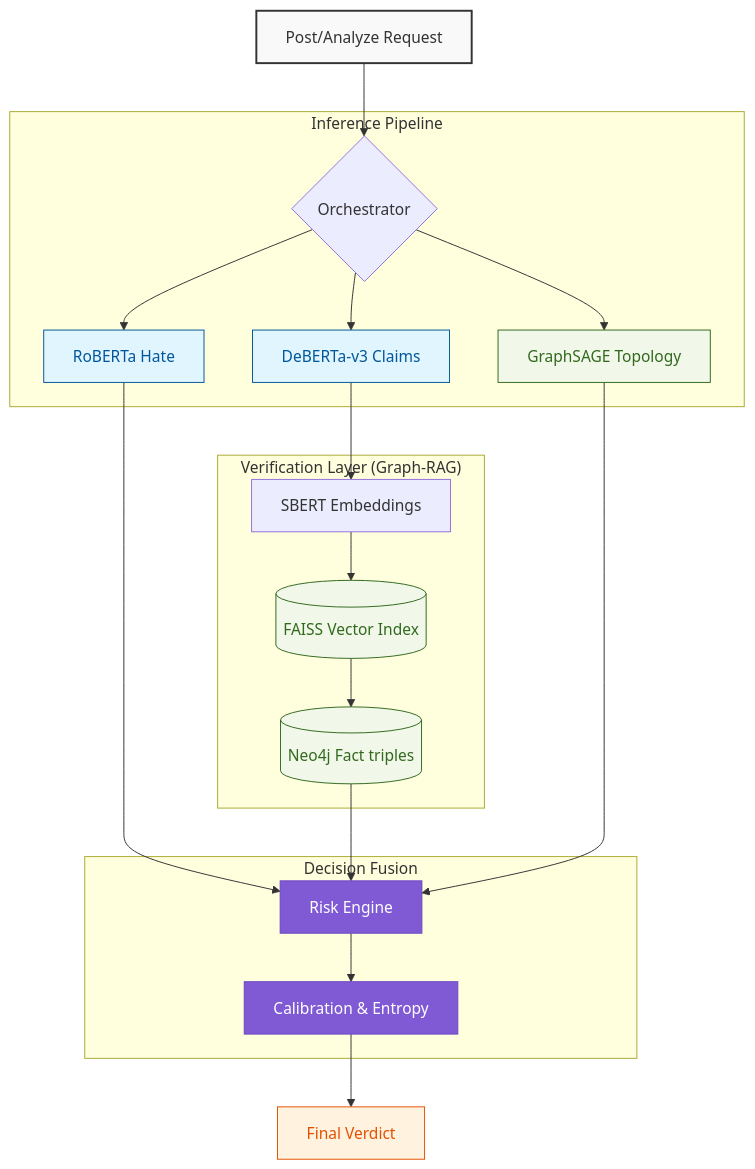
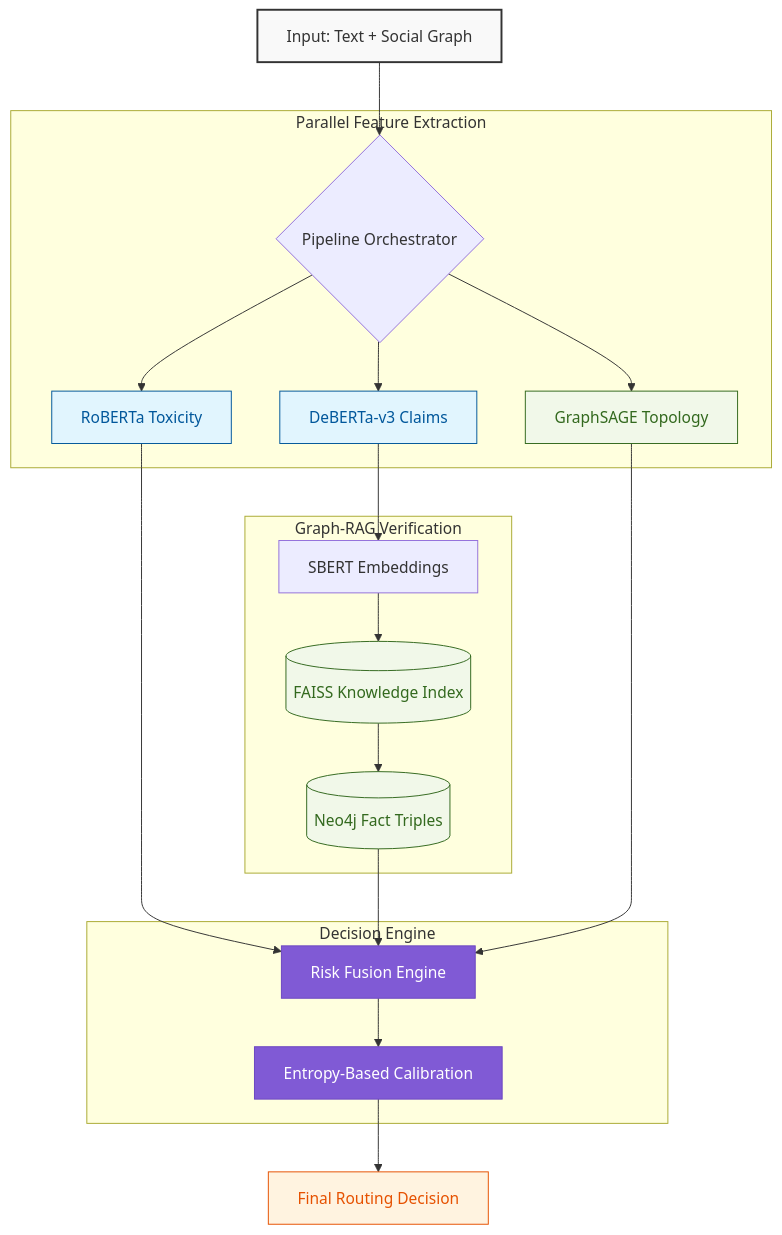
The diagram in README.md (kunal-gh/OSKAR), drawn with Mermaid before and after one commit. The commit also changed other lines of this file, not shown here.

````diff
--- a/README.md
+++ b/README.md
@@ -38,31 +40,31 @@
 ```mermaid
 graph TD
     classDef input_style fill:#f9f9f9,stroke:#333,stroke-width:2px;
     classDef nlp_style fill:#e1f5fe,stroke:#01579b,color:#01579b;
     classDef data_style fill:#f1f8e9,stroke:#33691e,color:#33691e;
     classDef core_style fill:#805ad5,stroke:#6b46c1,color:#fff;
     classDef exit_style fill:#fff3e0,stroke:#e65100,color:#e65100;
 
-    START[Post/Analyze Request]:::input_style --> INP{Orchestrator}
+    START[Input: Text + Social Graph]:::input_style --> ORCH{Pipeline Orchestrator}
     
-    subgraph "Inference Pipeline"
-        INP --> HATE[RoBERTa Hate]:::nlp_style
-        INP --> CLAIM[DeBERTa-v3 Claims]:::nlp_style
-        INP --> GNN[GraphSAGE Topology]:::data_style
+    subgraph "Parallel Feature Extraction"
+        ORCH --> HATE[RoBERTa Toxicity]:::nlp_style
+        ORCH --> CLAIM[DeBERTa-v3 Claims]:::nlp_style
+        ORCH --> GNN[GraphSAGE Topology]:::data_style
     end
 
-    subgraph "Verification Layer (Graph-RAG)"
+    subgraph "Graph-RAG Verification"
         CLAIM --> EMB[SBERT Embeddings]
-        EMB --> FAISS[(FAISS Vector Index)]:::data_style
-        FAISS --> N4J[(Neo4j Fact triples)]:::data_style
+        EMB --> FAISS[(FAISS Knowledge Index)]:::data_style
+        FAISS --> N4J[(Neo4j Fact Triples)]:::data_style
     end
 
-    subgraph "Decision Fusion"
-        HATE --> FUSION[Risk Engine]:::core_style
+    subgraph "Decision Engine"
+        HATE --> FUSION[Risk Fusion Engine]:::core_style
         N4J --> FUSION
         GNN --> FUSION
-        FUSION --> CAL[Calibration & Entropy]:::core_style
+        FUSION --> CAL[Entropy-Based Calibration]:::core_style
     end
 
-    CAL --> VERDICT[Final Verdict]:::exit_style
+    CAL --> VERDICT[Final Routing Decision]:::exit_style
 ```
````
